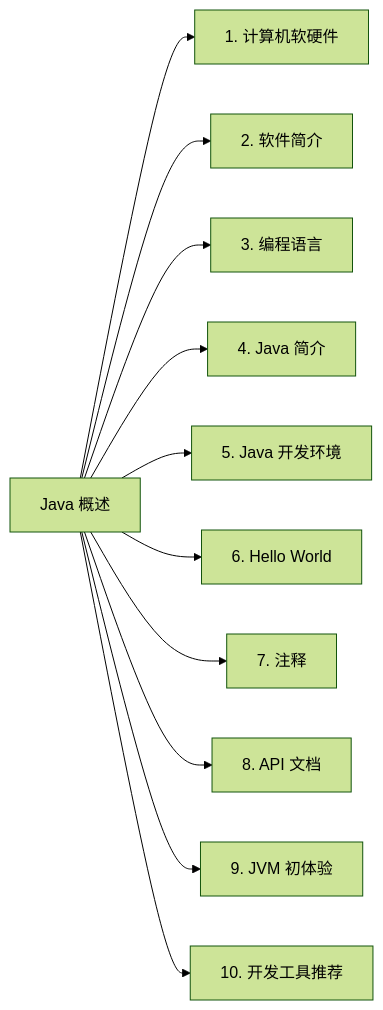
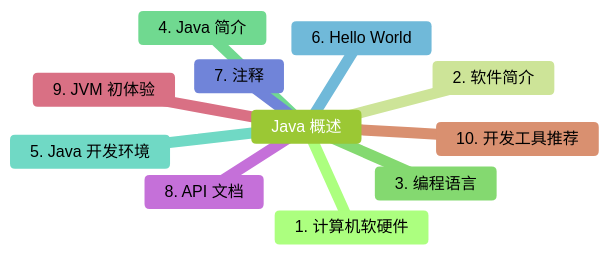
One commit to TZ0385/JavaPark changed the first of 16 diagrams in src/md/java/se/2023-02-15-overview.md. Above: the diagram before and after it, drawn with Mermaid (forest theme). The commit also changed other lines of this file, not shown here.

````diff
--- a/src/md/java/se/2023-02-15-overview.md
+++ b/src/md/java/se/2023-02-15-overview.md
@@ -16,13 +16,14 @@
 ```mermaid
-graph LR
-A[Java 概述] --> B[1. 计算机软硬件]
-A[Java 概述] --> C[2. 软件简介]
-A[Java 概述] --> D[3. 编程语言]
-A[Java 概述] --> E[4. Java 简介]
-A[Java 概述] --> F[5. Java 开发环境]
-A[Java 概述] --> G[6. Hello World]
-A[Java 概述] --> H[7. 注释]
-A[Java 概述] --> I[8. API 文档]
-A[Java 概述] --> J[9. JVM 初体验]
-A[Java 概述] --> K[10. 开发工具推荐]
+mindmap
+Java 概述
+	1. 计算机软硬件
+	2. 软件简介
+	3. 编程语言
+	4. Java 简介
+	5. Java 开发环境
+	6. Hello World
+	7. 注释
+	8. API 文档
+	9. JVM 初体验
+	10. 开发工具推荐
 ```
````
